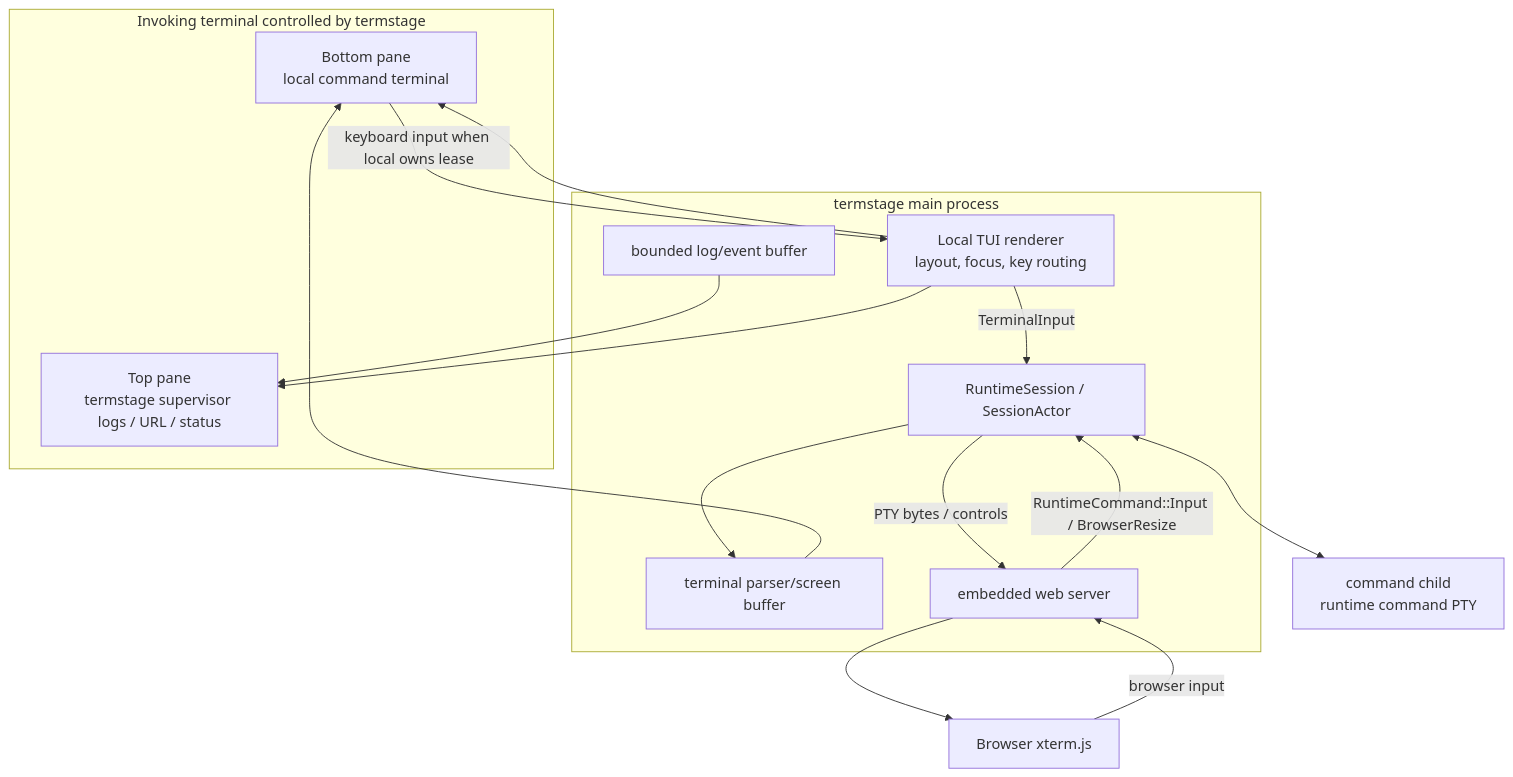
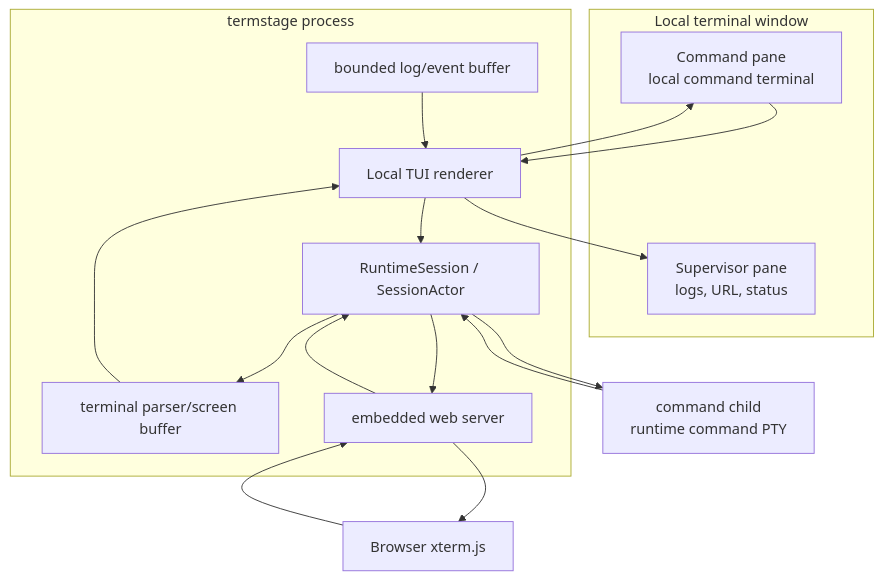
One commit to tyrchen/termstage changed the second of 4 diagrams in specs/23-local-remote-command-lease-design.md. Above: the diagram before and after it, drawn with Mermaid. The commit also changed other lines of this file, not shown here.

Commit message:
Fix local command terminal Mermaid graph

````diff
--- a/specs/23-local-remote-command-lease-design.md
+++ b/specs/23-local-remote-command-lease-design.md
@@ -99,32 +99,36 @@
 ```mermaid
-flowchart TB
-    subgraph UserTTY["Invoking terminal controlled by termstage"]
-        LogPane["Top pane\ntermstage supervisor logs / URL / status"]
-        CommandPane["Bottom pane\nlocal command terminal"]
+flowchart TD
+    subgraph LocalTerminal["Local terminal window"]
+        LogPane["Supervisor pane<br/>logs, URL, status"]
+        CommandPane["Command pane<br/>local command terminal"]
     end
 
-    subgraph Termstage["termstage main process"]
-        LocalUI["Local TUI renderer\nlayout, focus, key routing"]
+    subgraph TermstageProcess["termstage process"]
+        LocalUI["Local TUI renderer"]
         LogBuffer["bounded log/event buffer"]
         Parser["terminal parser/screen buffer"]
         Runtime["RuntimeSession / SessionActor"]
         Web["embedded web server"]
     end
 
-    Command["command child\nruntime command PTY"]
     Browser["Browser xterm.js"]
+    Command["command child<br/>runtime command PTY"]
 
-    LogBuffer --> LogPane
+    LogBuffer --> LocalUI
+    LocalUI --> LogPane
+
     Runtime --> Parser
-    Parser --> CommandPane
-    LocalUI --> LogPane
+    Parser --> LocalUI
     LocalUI --> CommandPane
 
-    CommandPane -- "keyboard input when local owns lease" --> LocalUI
-    LocalUI -- "TerminalInput" --> Runtime
-    Browser -- "browser input" --> Web
-    Web -- "RuntimeCommand::Input / BrowserResize" --> Runtime
-    Runtime -- "PTY bytes / controls" --> Web
+    CommandPane --> LocalUI
+    LocalUI --> Runtime
+
+    Browser --> Web
+    Web --> Runtime
+    Runtime --> Web
     Web --> Browser
-    Runtime <--> Command
+
+    Runtime --> Command
+    Command --> Runtime
 ```
````
